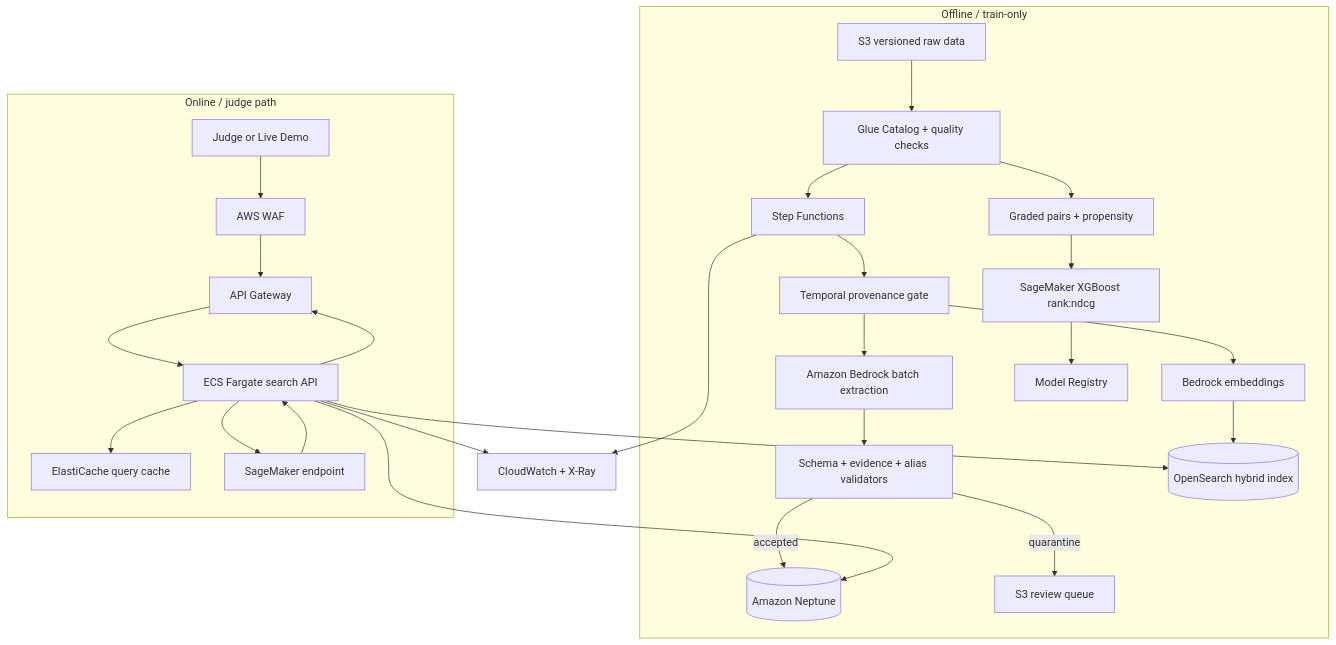
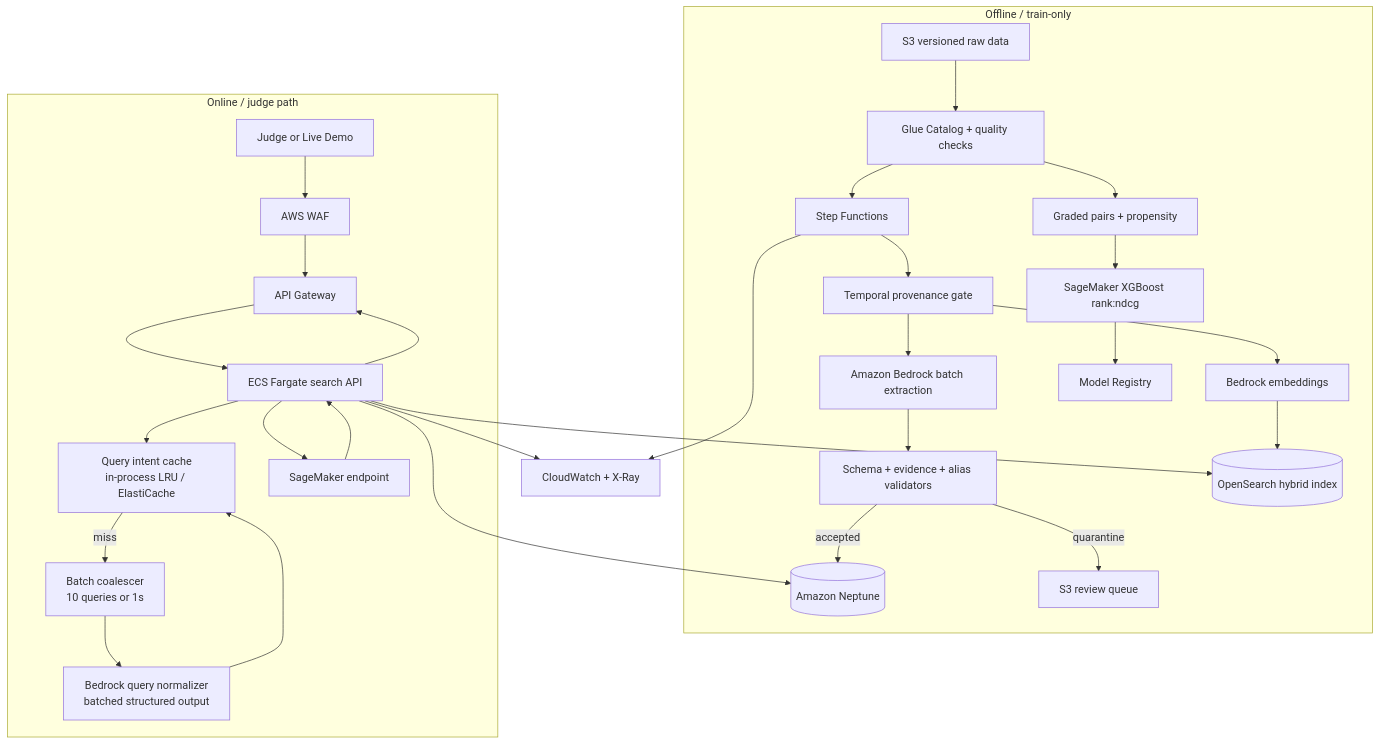
One commit to Jimmy200504/aws-hackathon changed the diagram in docs/aws-architecture.md. Above: the diagram before and after it, drawn with Mermaid. The commit also changed other lines of this file and 11 other files, not shown here.

First line of the commit message:
Index structured attributes and real behavior counts; wire query intent

````diff
--- a/docs/aws-architecture.md
+++ b/docs/aws-architecture.md
@@ -5,32 +5,35 @@
 ```mermaid
 flowchart TB
   subgraph Offline["Offline / train-only"]
     RAW[S3 versioned raw data] --> GLUE[Glue Catalog + quality checks]
     GLUE --> SFN[Step Functions]
     SFN --> GATE[Temporal provenance gate]
     GATE --> BR[Amazon Bedrock batch extraction]
     BR --> VALIDATE[Schema + evidence + alias validators]
     VALIDATE -->|accepted| NEP[(Amazon Neptune)]
     VALIDATE -->|quarantine| REVIEW[S3 review queue]
     GATE --> EMB[Bedrock embeddings]
     EMB --> OS[(OpenSearch hybrid index)]
     GLUE --> PAIRS[Graded pairs + propensity]
     PAIRS --> SMTRAIN[SageMaker XGBoost rank:ndcg]
     SMTRAIN --> REG[Model Registry]
   end
 
   subgraph Online["Online / judge path"]
     JUDGE[Judge or Live Demo] --> WAF[AWS WAF]
     WAF --> APIGW[API Gateway]
     APIGW --> ECS[ECS Fargate search API]
-    ECS --> CACHE[ElastiCache query cache]
+    ECS --> CACHE[Query intent cache<br/>in-process LRU / ElastiCache]
+    CACHE -->|miss| COAL[Batch coalescer<br/>10 queries or 1s]
+    COAL --> BRQ[Bedrock query normalizer<br/>batched structured output]
+    BRQ --> CACHE
     ECS --> OS
     ECS --> NEP
     ECS --> SM[SageMaker endpoint]
     SM --> ECS
     ECS --> APIGW
   end
 
   ECS --> CW[CloudWatch + X-Ray]
   SFN --> CW
 ```
````
